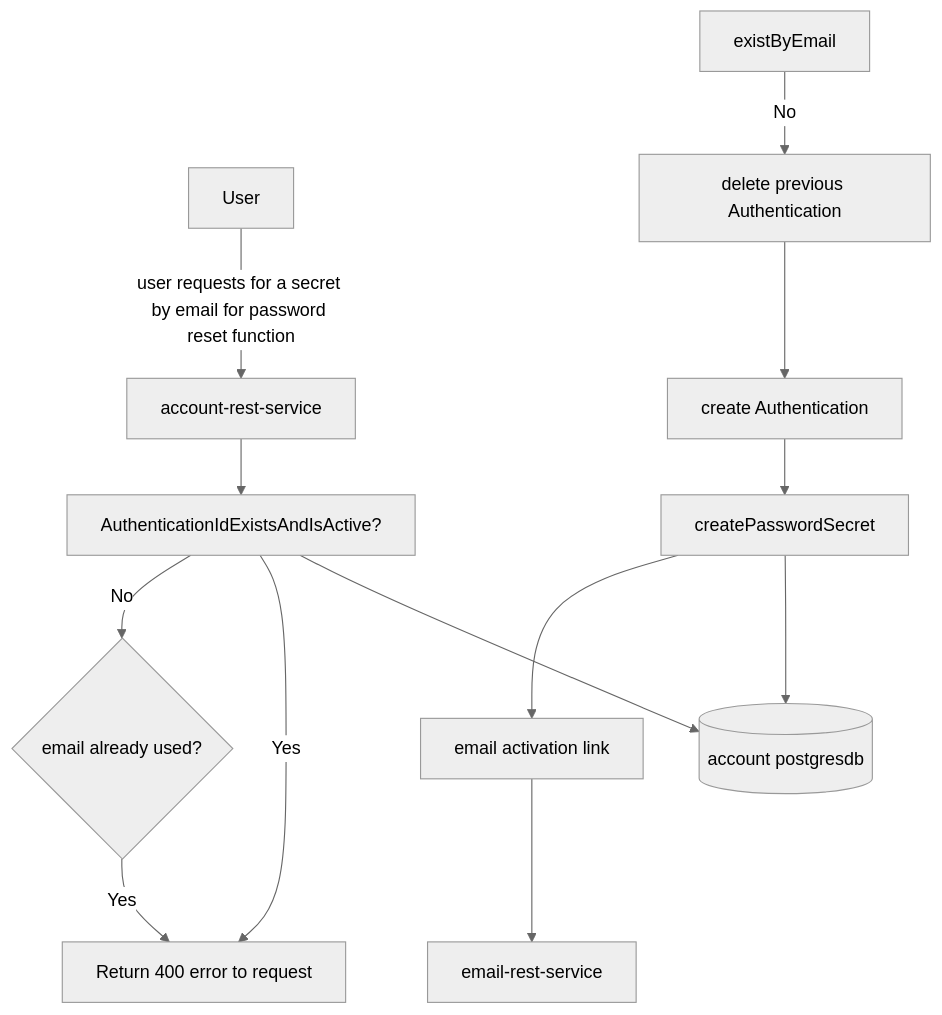
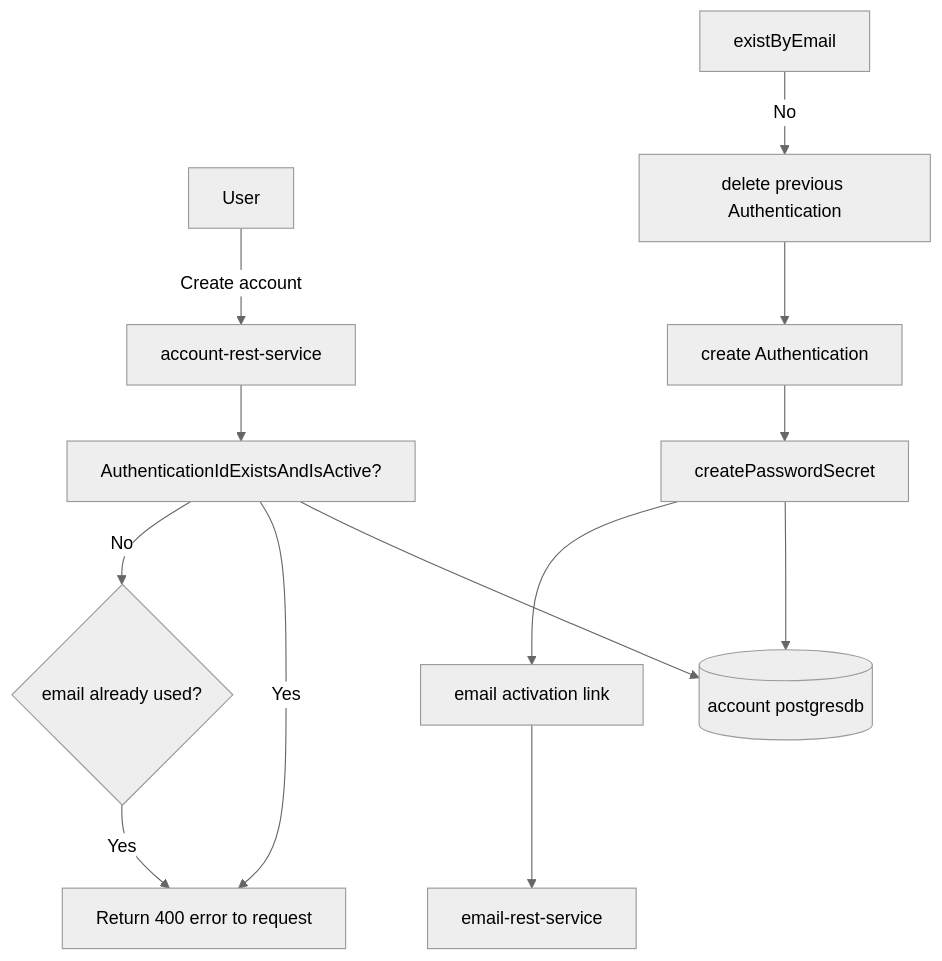
Before and after one commit to sonamsamdupkhangsar/account-rest-service: the fifth of 5 diagrams in README.md, drawn with Mermaid (neutral theme).

````diff
--- a/README.md
+++ b/README.md
@@ -144,15 +144,15 @@
 ```mermaid
 flowchart TD
-  User --"user requests for a secret by email for password reset function"--> account-rest-service
+  User --"Create account"--> account-rest-service
   account-rest-service --> validateAuthenticationIdExistsAndTrue["AuthenticationIdExistsAndIsActive?"]
   validateAuthenticationIdExistsAndTrue --> accountDb[(account postgresdb)]
   validateAuthenticationIdExistsAndTrue -->|Yes| returnError[Return 400 error to request]  
   validateAuthenticationIdExistsAndTrue -->|No| existsByEmail{email already used?}
   existsByEmail -->|Yes| returnError
   existByEmail -->|No| deleteAuthenticationIdActiveFalse["delete previous Authentication"]
   deleteAuthenticationIdActiveFalse --> save["create Authentication"]
   save --> createPasswordSecret
   createPasswordSecret --> accountDb
   createPasswordSecret --> emailActivationLink["email activation link"]
   emailActivationLink --> email-rest-service
 ```
````
